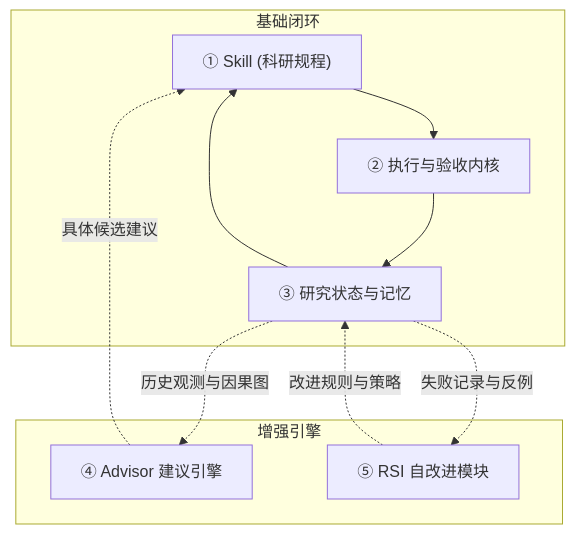
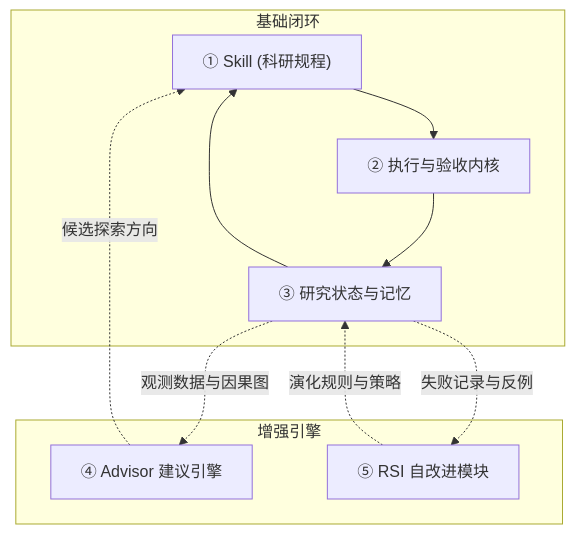
Before and after one commit to kongtou20070406/RDS: the diagram in README.md, drawn with Mermaid. The commit also changed other lines of this file, not shown here.

````diff
--- a/README.md
+++ b/README.md
@@ -54,14 +37,14 @@
 ```mermaid
 flowchart TD
     subgraph 基础闭环
         S["① Skill (科研规程)"] --> K["② 执行与验收内核"]
         K --> M["③ 研究状态与记忆"]
         M --> S
     end
     subgraph 增强引擎
-        M -. 历史观测与因果图 .-> A["④ Advisor 建议引擎"]
-        A -. 具体候选建议 .-> S
+        M -. 观测数据与因果图 .-> A["④ Advisor 建议引擎"]
+        A -. 候选探索方向 .-> S
         M -. 失败记录与反例 .-> R["⑤ RSI 自改进模块"]
-        R -. 改进规则与策略 .-> M
+        R -. 演化规则与策略 .-> M
     end
 ```
````
